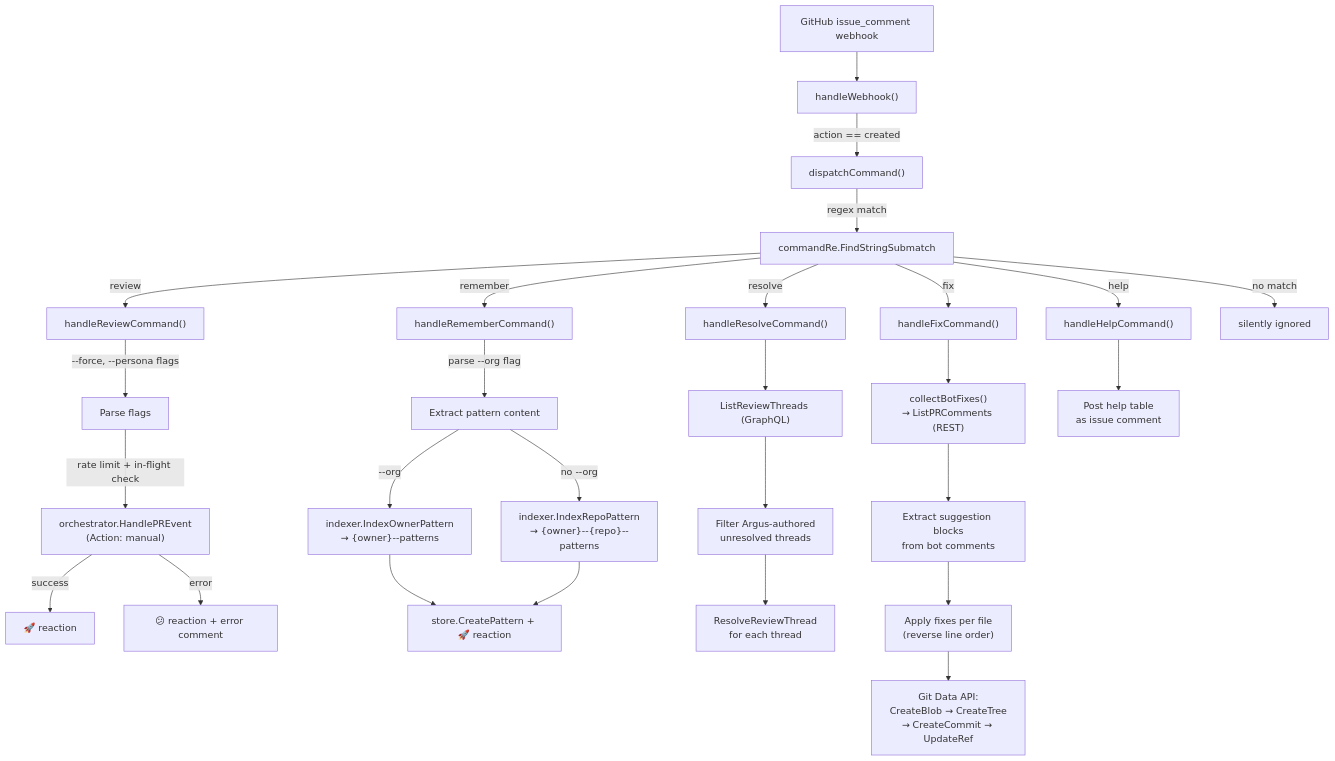
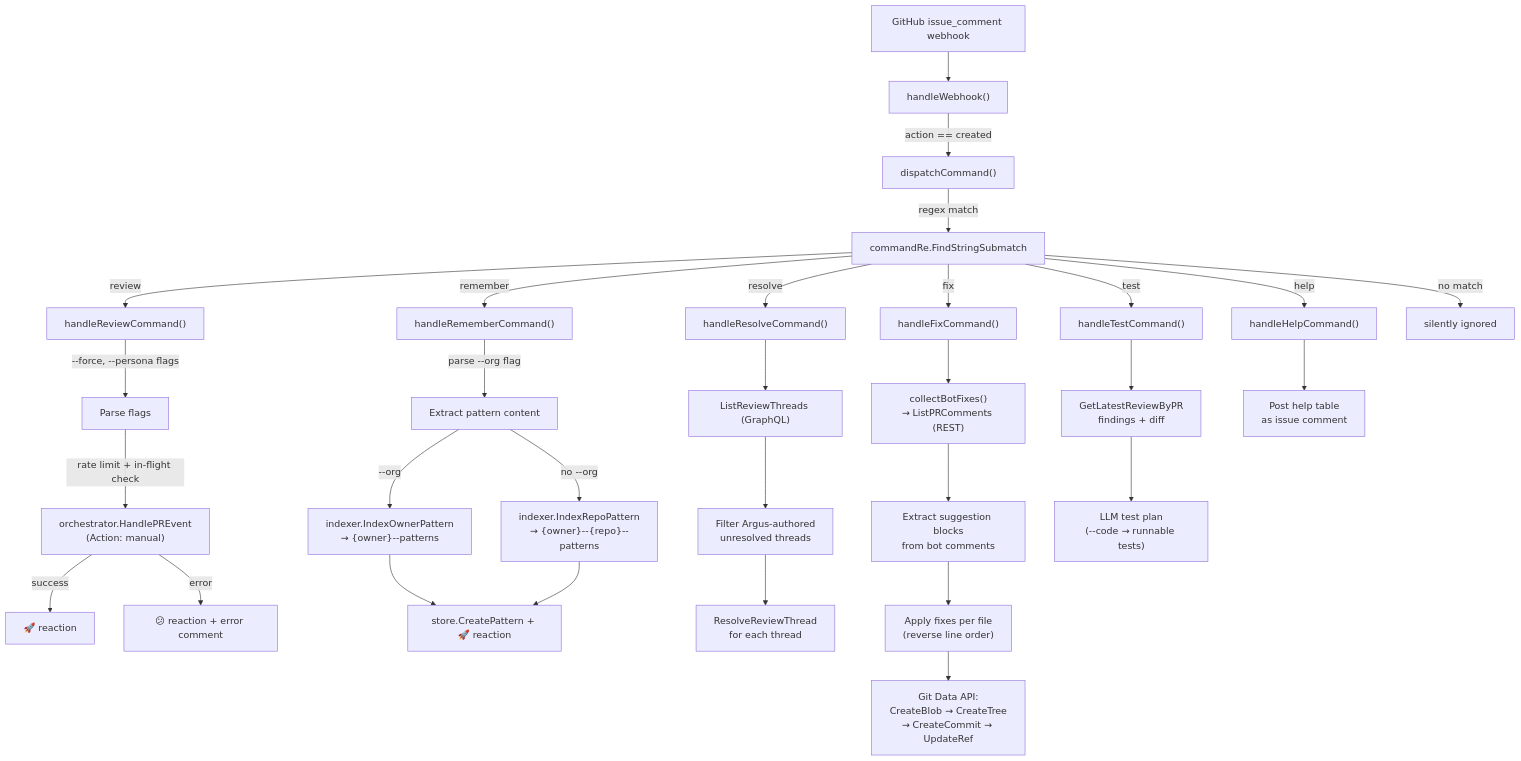
One commit to BeLazy167/argus changed the third of 4 diagrams in docs/architecture.md. Above: the diagram before and after it, drawn with Mermaid. The commit also changed other lines of this file and 9 other files, not shown here.

First line of the commit message:
docs: MCP docs on site + repo, five new docs diagrams, stale-claim fixes

````diff
--- a/docs/architecture.md
+++ b/docs/architecture.md
@@ -385,35 +386,39 @@
 ```mermaid
 flowchart TD
     GH["GitHub issue_comment webhook"] --> WH["handleWebhook()"]
     WH --> |"action == created"| DC["dispatchCommand()"]
     DC --> |"regex match"| PARSE["commandRe.FindStringSubmatch"]
 
     PARSE --> |"review"| REV["handleReviewCommand()"]
     PARSE --> |"remember"| REM["handleRememberCommand()"]
     PARSE --> |"resolve"| RES["handleResolveCommand()"]
     PARSE --> |"fix"| FIX["handleFixCommand()"]
+    PARSE --> |"test"| TEST["handleTestCommand()"]
     PARSE --> |"help"| HELP["handleHelpCommand()"]
     PARSE --> |"no match"| DROP["silently ignored"]
 
     REV --> |"--force, --persona flags"| REV2["Parse flags"]
     REV2 --> |"rate limit + in-flight check"| REV3["orchestrator.HandlePREvent\n(Action: manual)"]
     REV3 --> |"success"| REV4["🚀 reaction"]
     REV3 --> |"error"| REV5["😕 reaction + error comment"]
 
     REM --> |"parse --org flag"| REM2["Extract pattern content"]
     REM2 --> |"--org"| REM3["indexer.IndexOwnerPattern\n→ {owner}--patterns"]
     REM2 --> |"no --org"| REM4["indexer.IndexRepoPattern\n→ {owner}--{repo}--patterns"]
     REM3 --> REM5["store.CreatePattern + 🚀 reaction"]
     REM4 --> REM5
 
     RES --> RES2["ListReviewThreads (GraphQL)"]
     RES2 --> RES3["Filter Argus-authored\nunresolved threads"]
     RES3 --> RES4["ResolveReviewThread\nfor each thread"]
 
     FIX --> FIX2["collectBotFixes()\n→ ListPRComments (REST)"]
     FIX2 --> FIX3["Extract suggestion blocks\nfrom bot comments"]
     FIX3 --> FIX4["Apply fixes per file\n(reverse line order)"]
     FIX4 --> FIX5["Git Data API:\nCreateBlob → CreateTree\n→ CreateCommit → UpdateRef"]
 
+    TEST --> TEST2["GetLatestReviewByPR\nfindings + diff"]
+    TEST2 --> TEST3["LLM test plan\n(--code → runnable tests)"]
+
     HELP --> HELP2["Post help table\nas issue comment"]
 ```
````
